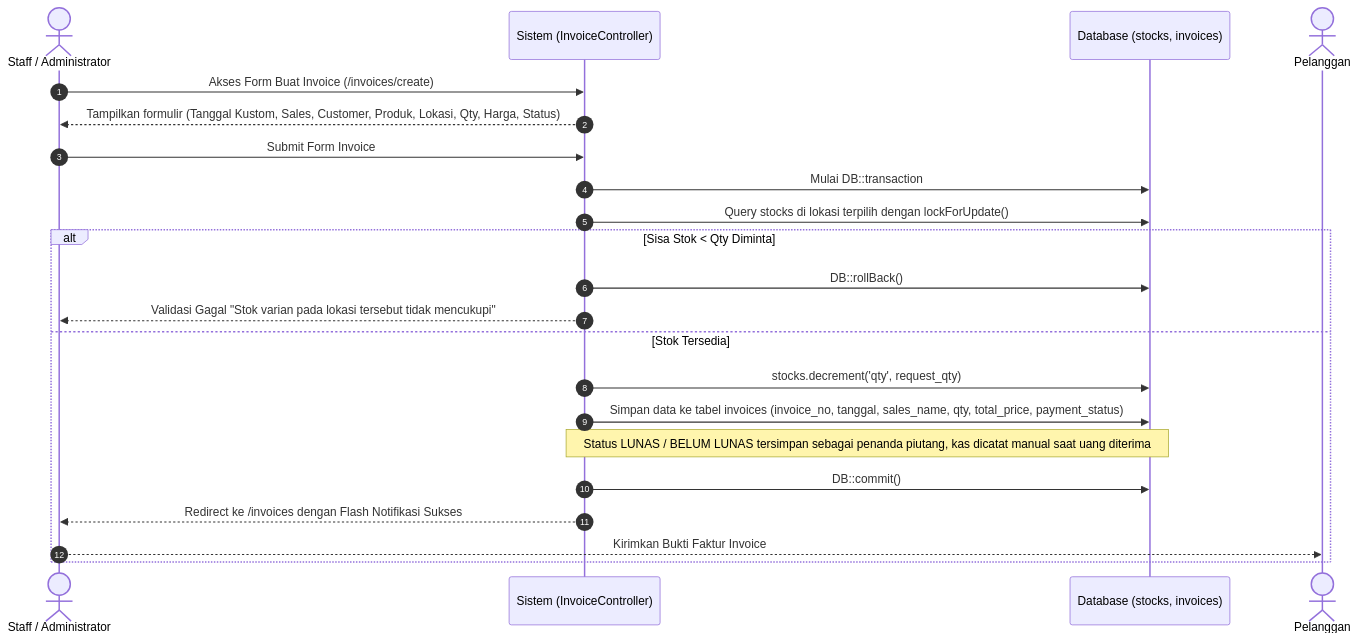
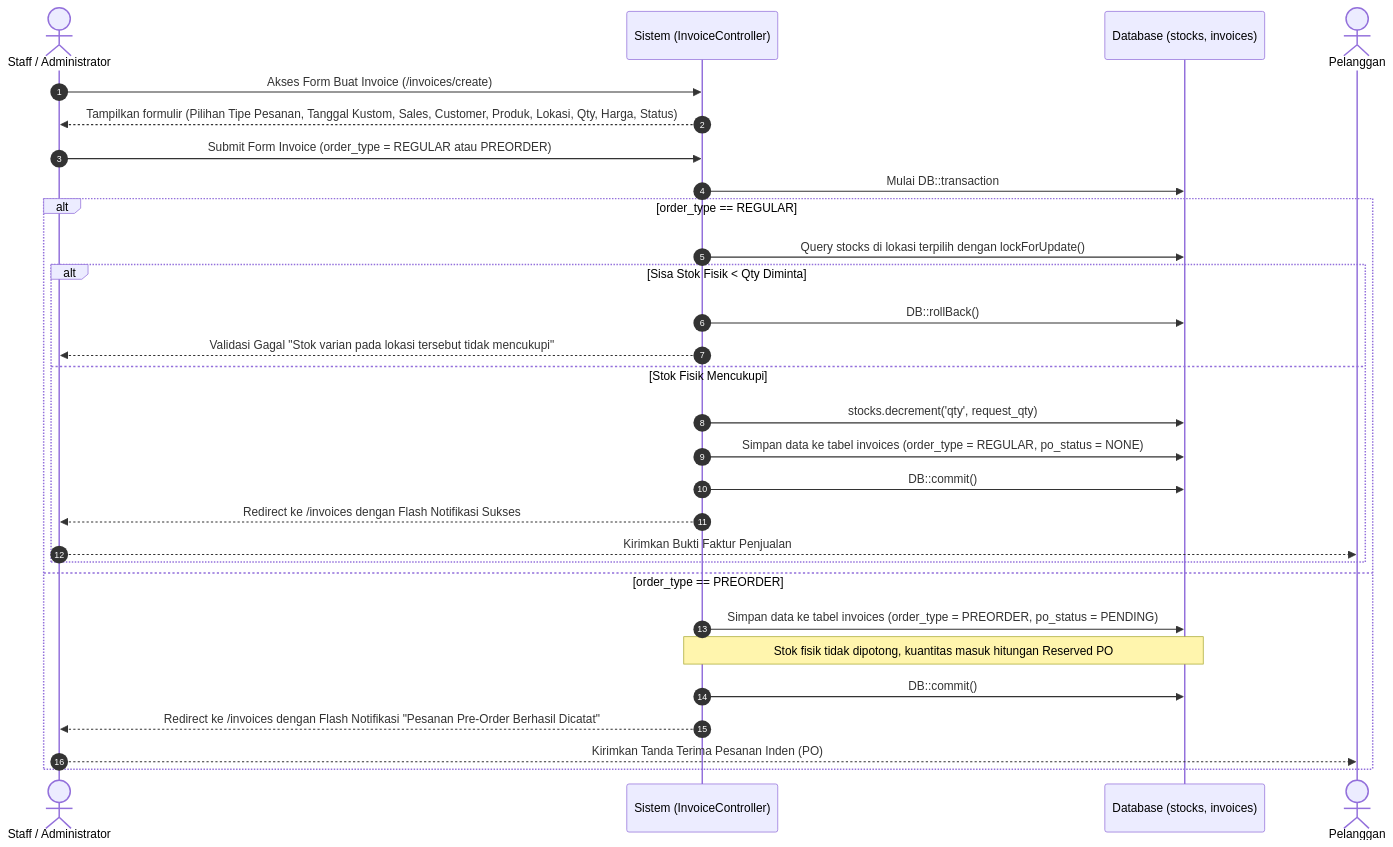
The fourth of 11 diagrams in docs/ACTIVITY_DIAGRAM.md (FatsyahRGT/scentpeep), drawn with Mermaid before and after one commit. The commit also changed other lines of this file and 13 other files, not shown here.

Commit message:
docs: synchronize all documentation and architecture diagrams to v3.2 release

````diff
--- a/docs/ACTIVITY_DIAGRAM.md
+++ b/docs/ACTIVITY_DIAGRAM.md
@@ -116,26 +123,33 @@
 ```mermaid
 sequenceDiagram
     autonumber
     actor U as Staff / Administrator
     participant S as Sistem (InvoiceController)
     participant DB as Database (stocks, invoices)
     actor C as Pelanggan
 
     U->>S: Akses Form Buat Invoice (/invoices/create)
-    S-->>U: Tampilkan formulir (Tanggal Kustom, Sales, Customer, Produk, Lokasi, Qty, Harga, Status)
-    U->>S: Submit Form Invoice
+    S-->>U: Tampilkan formulir (Pilihan Tipe Pesanan, Tanggal Kustom, Sales, Customer, Produk, Lokasi, Qty, Harga, Status)
+    U->>S: Submit Form Invoice (order_type = REGULAR atau PREORDER)
     
     S->>DB: Mulai DB::transaction
-    S->>DB: Query stocks di lokasi terpilih dengan lockForUpdate()
-    alt Sisa Stok < Qty Diminta
-        S->>DB: DB::rollBack()
-        S-->>U: Validasi Gagal "Stok varian pada lokasi tersebut tidak mencukupi"
-    else Stok Tersedia
-        S->>DB: stocks.decrement('qty', request_qty)
-        S->>DB: Simpan data ke tabel invoices (invoice_no, tanggal, sales_name, qty, total_price, payment_status)
-        Note over S,DB: Status LUNAS / BELUM LUNAS tersimpan sebagai penanda piutang, kas dicatat manual saat uang diterima
+    alt order_type == REGULAR
+        S->>DB: Query stocks di lokasi terpilih dengan lockForUpdate()
+        alt Sisa Stok Fisik < Qty Diminta
+            S->>DB: DB::rollBack()
+            S-->>U: Validasi Gagal "Stok varian pada lokasi tersebut tidak mencukupi"
+        else Stok Fisik Mencukupi
+            S->>DB: stocks.decrement('qty', request_qty)
+            S->>DB: Simpan data ke tabel invoices (order_type = REGULAR, po_status = NONE)
+            S->>DB: DB::commit()
+            S-->>U: Redirect ke /invoices dengan Flash Notifikasi Sukses
+            U-->>C: Kirimkan Bukti Faktur Penjualan
+        end
+    else order_type == PREORDER
+        S->>DB: Simpan data ke tabel invoices (order_type = PREORDER, po_status = PENDING)
+        Note over S,DB: Stok fisik tidak dipotong, kuantitas masuk hitungan Reserved PO
         S->>DB: DB::commit()
-        S-->>U: Redirect ke /invoices dengan Flash Notifikasi Sukses
-        U-->>C: Kirimkan Bukti Faktur Invoice
+        S-->>U: Redirect ke /invoices dengan Flash Notifikasi "Pesanan Pre-Order Berhasil Dicatat"
+        U-->>C: Kirimkan Tanda Terima Pesanan Inden (PO)
     end
 ```
````
